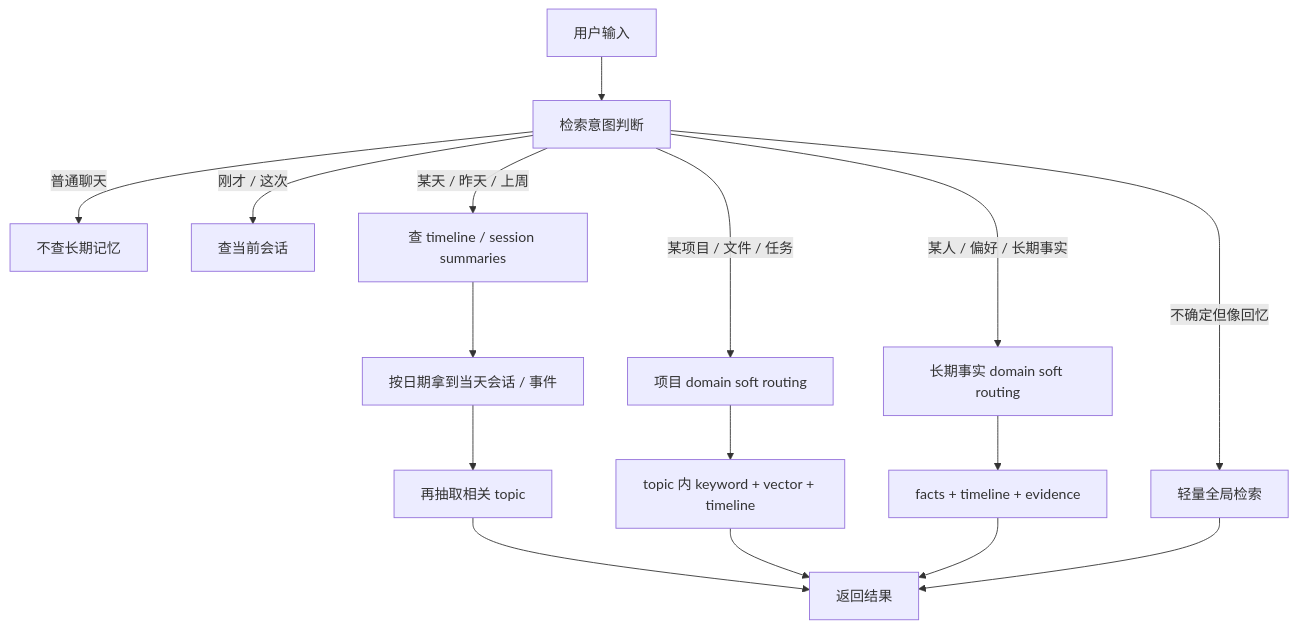
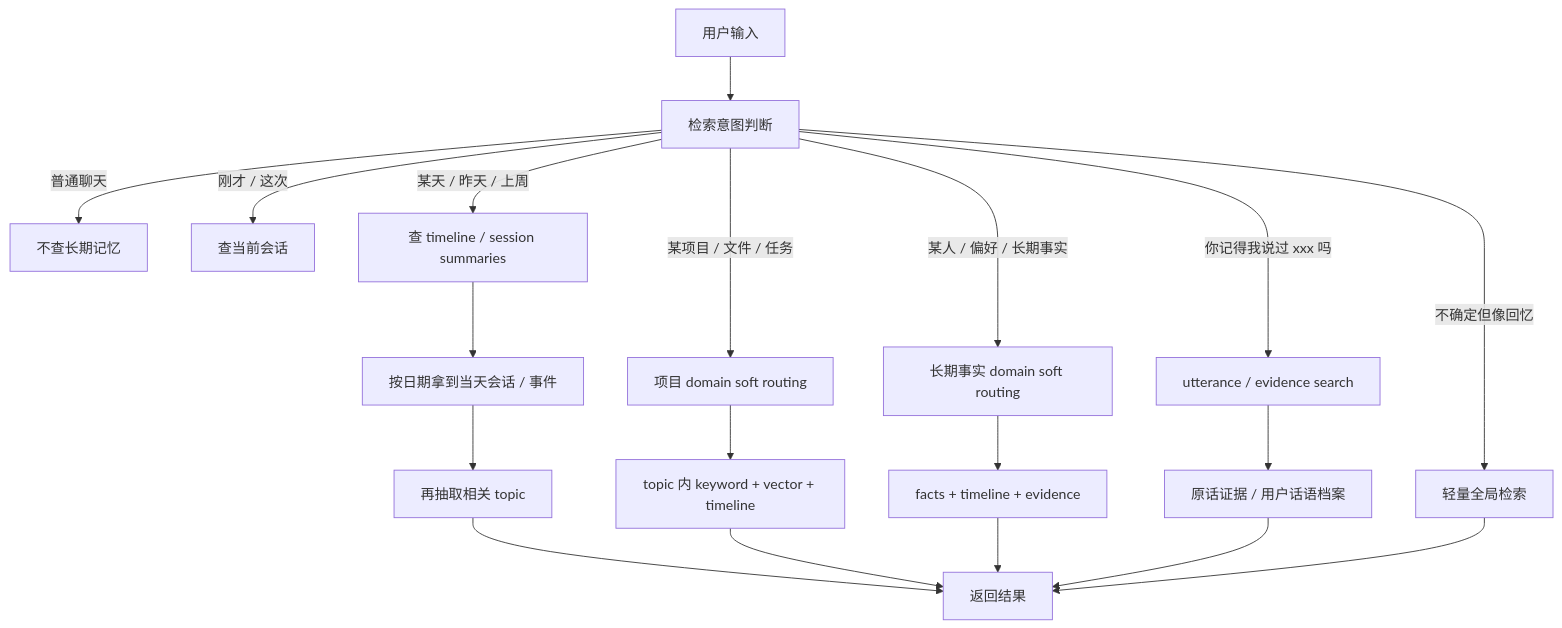
Before and after one commit to piup9911-crypto/telegram-qi_bot: the fifth of 6 diagrams in plan.md, drawn with Mermaid. The commit also changed other lines of this file, not shown here.

Commit message:
Expand memory system plan with update and evidence rules

````diff
--- a/plan.md
+++ b/plan.md
@@ -148,22 +170,25 @@
 ```mermaid
 flowchart TD
   Q["用户输入"] --> I["检索意图判断"]
 
   I -->|"普通聊天"| N["不查长期记忆"]
   I -->|"刚才 / 这次"| S["查当前会话"]
   I -->|"某天 / 昨天 / 上周"| T["查 timeline / session summaries"]
   I -->|"某项目 / 文件 / 任务"| P["项目 domain soft routing"]
   I -->|"某人 / 偏好 / 长期事实"| L["长期事实 domain soft routing"]
+  I -->|"你记得我说过 xxx 吗"| U["utterance / evidence search"]
   I -->|"不确定但像回忆"| G["轻量全局检索"]
 
   T --> T2["按日期拿到当天会话 / 事件"]
   T2 --> T3["再抽取相关 topic"]
 
   P --> P2["topic 内 keyword + vector + timeline"]
   L --> L2["facts + timeline + evidence"]
+  U --> U2["原话证据 / 用户话语档案"]
 
   T3 --> R["返回结果"]
   P2 --> R
   L2 --> R
+  U2 --> R
   G --> R
 ```
````
